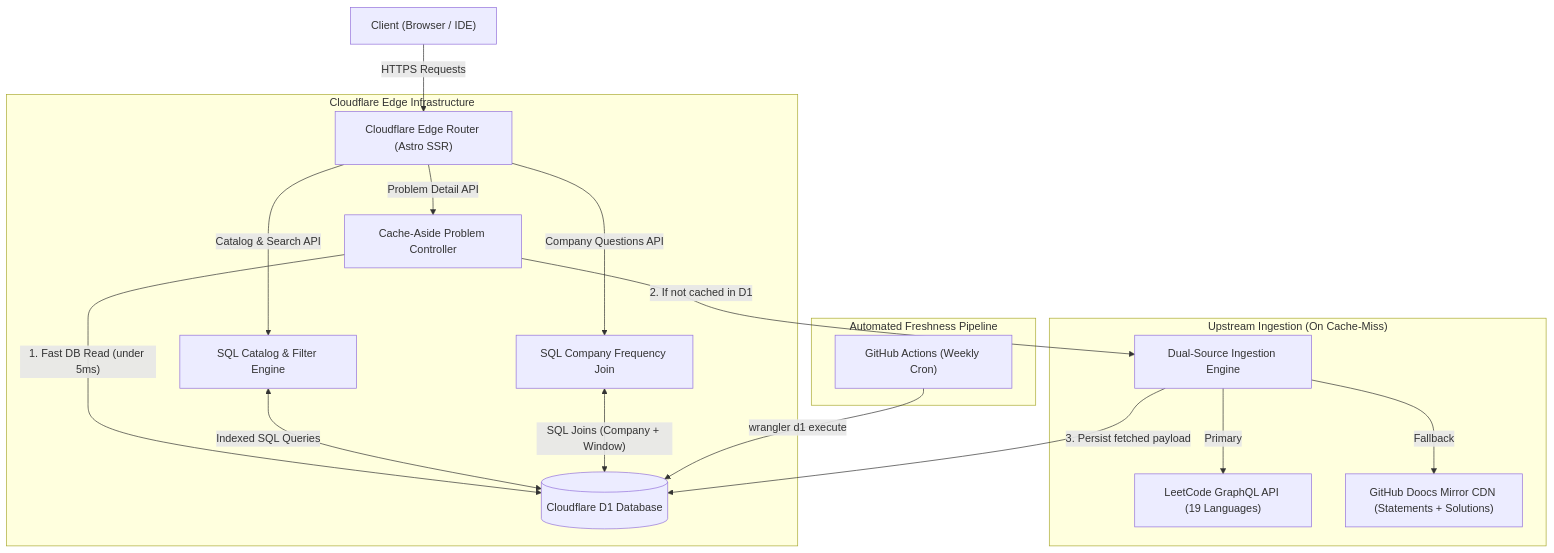
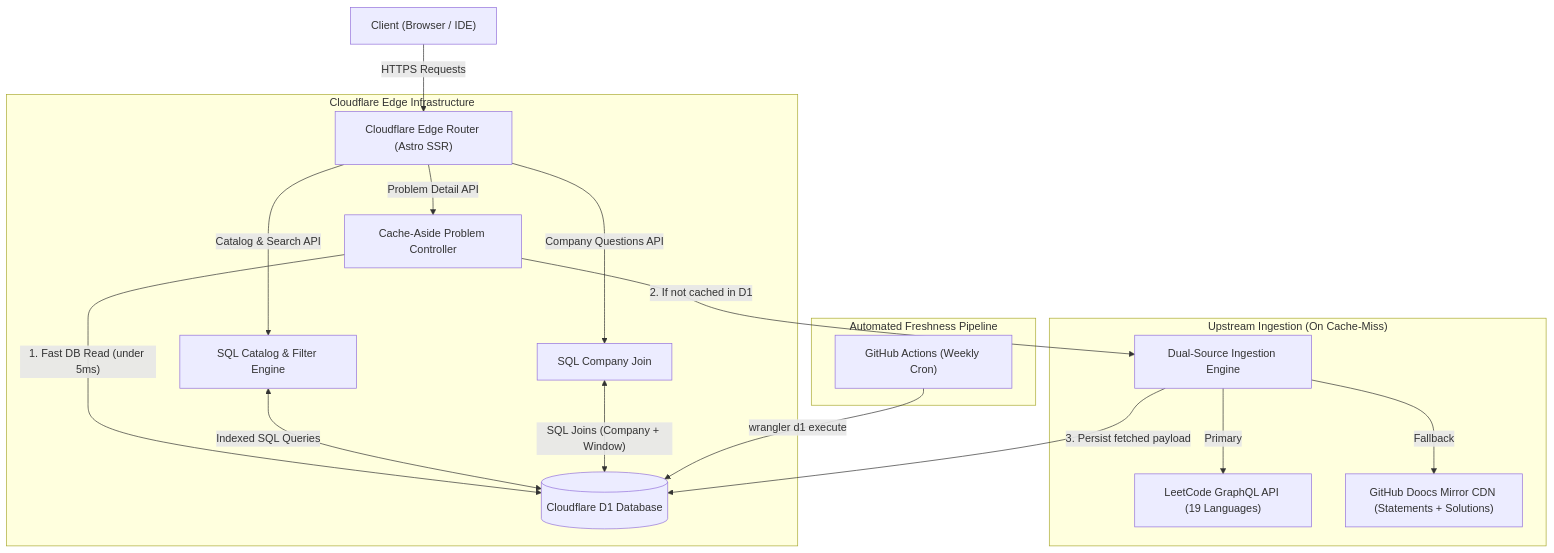
The second of 2 diagrams in README.md (dev-ansung/leetbank), drawn with Mermaid before and after one commit. The commit also changed other lines of this file and 2 other files, not shown here.

Commit message:
chore: remove frequency metrics, pseudo frequency bars, and related filter/sort options across entire project

````diff
--- a/README.md
+++ b/README.md
@@ -69,25 +66,25 @@
 ```mermaid
 flowchart TD
     User["Client (Browser / IDE)"] -->|"HTTPS Requests"| EdgeRouter["Cloudflare Edge Router (Astro SSR)"]
 
     subgraph CF_Edge["Cloudflare Edge Infrastructure"]
         EdgeRouter -->|"Catalog & Search API"| CatalogQuery["SQL Catalog & Filter Engine"]
-        EdgeRouter -->|"Company Questions API"| CompanyQuery["SQL Company Frequency Join"]
+        EdgeRouter -->|"Company Questions API"| CompanyQuery["SQL Company Join"]
         EdgeRouter -->|"Problem Detail API"| CacheAside["Cache-Aside Problem Controller"]
         
         CacheAside -->|"1. Fast DB Read (under 5ms)"| D1_DB[("Cloudflare D1 Database")]
         CatalogQuery <-->|"Indexed SQL Queries"| D1_DB
         CompanyQuery <-->|"SQL Joins (Company + Window)"| D1_DB
     end
 
     subgraph Upstream_Ingestion["Upstream Ingestion (On Cache-Miss)"]
         CacheAside -->|"2. If not cached in D1"| IngestEngine["Dual-Source Ingestion Engine"]
         IngestEngine -->|"Primary"| LC_GQL["LeetCode GraphQL API (19 Languages)"]
         IngestEngine -->|"Fallback"| Doocs_CDN["GitHub Doocs Mirror CDN (Statements + Solutions)"]
         IngestEngine -->|"3. Persist fetched payload"| D1_DB
     end
 
     subgraph CI_CD["Automated Freshness Pipeline"]
         GHA["GitHub Actions (Weekly Cron)" ] -->|"wrangler d1 execute"| D1_DB
     end
 ```
````
